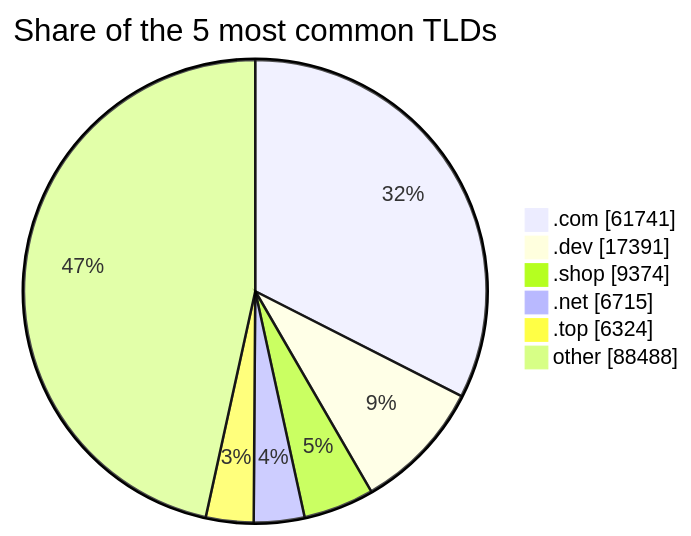
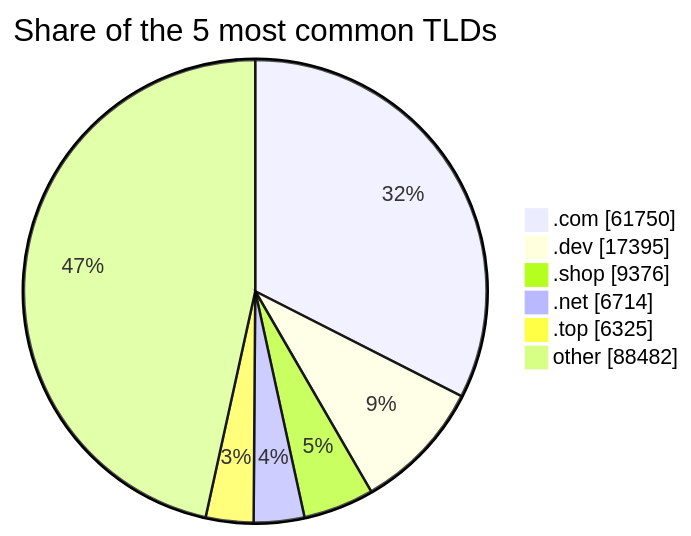
Before and after one commit to DNSBunker/CTI: the third of 3 diagrams in README.md, drawn with Mermaid. The commit also changed other lines of this file and 3 other files, not shown here.

````diff
--- a/README.md
+++ b/README.md
@@ -81,9 +81,9 @@
 ```mermaid
 pie showData title Share of the 5 most common TLDs
-    ".com" : 61741
-    ".dev" : 17391
-    ".shop" : 9374
-    ".net" : 6715
-    ".top" : 6324
-    "other" : 88488
+    ".com" : 61750
+    ".dev" : 17395
+    ".shop" : 9376
+    ".net" : 6714
+    ".top" : 6325
+    "other" : 88482
 ```
````
